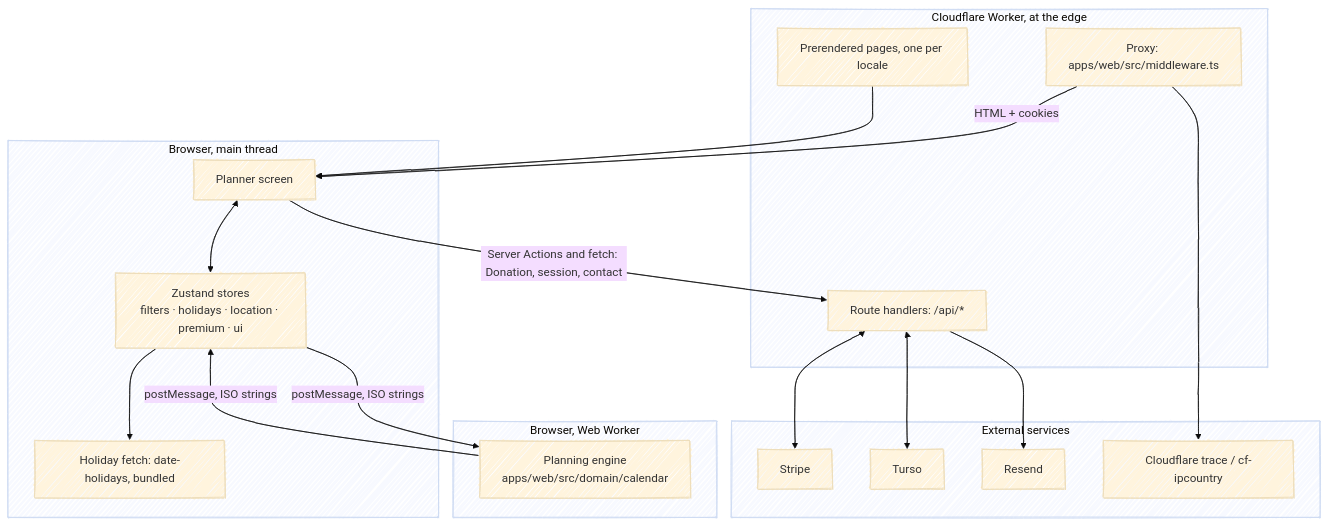
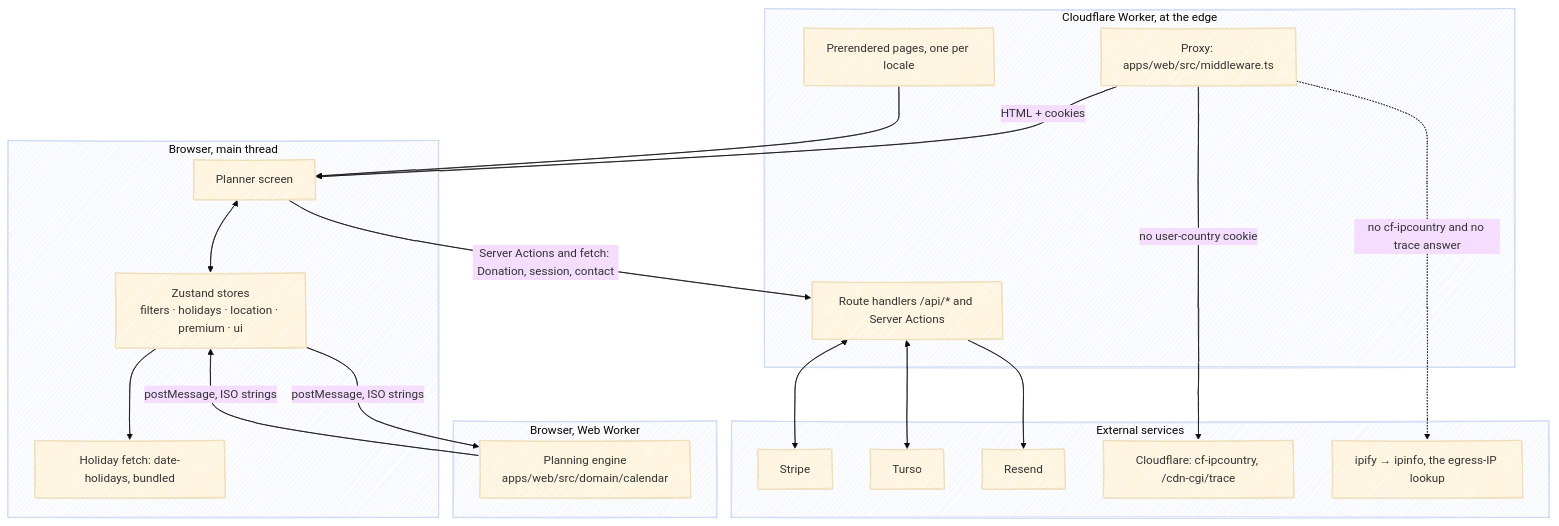
One commit to fbuireu/forever-pto changed the first of 3 diagrams in apps/docs/src/content/docs/how-it-works/overview.mdx. Above: the diagram before and after it, drawn with Mermaid (base theme). The commit also changed other lines of this file and 21 other files, not shown here.

````diff
--- a/apps/docs/src/content/docs/how-it-works/overview.mdx
+++ b/apps/docs/src/content/docs/how-it-works/overview.mdx
@@ -14,38 +14,40 @@
 ```mermaid
 ---
 config:
   look: handDrawn
   layout: dagre
 ---
 flowchart TB
   subgraph cf [Cloudflare Worker, at the edge]
     P[Proxy: apps/web/src/middleware.ts]
-    R[Route handlers: /api/*]
+    R["Route handlers /api/* and Server Actions"]
     SSG[Prerendered pages, one per locale]
   end
   subgraph main [Browser, main thread]
     ST[Zustand stores<br/>filters · holidays · location · premium · ui]
     UI[Planner screen]
     HF[Holiday fetch: date-holidays, bundled]
   end
   subgraph worker [Browser, Web Worker]
     ENG[Planning engine<br/>apps/web/src/domain/calendar]
   end
   subgraph ext [External services]
     STRIPE[Stripe]
     TURSO[Turso]
     RESEND[Resend]
-    CFAPI[Cloudflare trace / cf-ipcountry]
+    CFAPI["Cloudflare: cf-ipcountry, /cdn-cgi/trace"]
+    IPAPI["ipify → ipinfo, the egress-IP lookup"]
   end
   P -->|HTML + cookies| UI
   SSG --> UI
   UI <--> ST
   ST --> HF
   ST -->|postMessage, ISO strings| ENG
   ENG -->|postMessage, ISO strings| ST
   R <--> STRIPE
   R <--> TURSO
   R --> RESEND
-  P --> CFAPI
+  P -->|no user-country cookie| CFAPI
+  P -.->|no cf-ipcountry and no trace answer| IPAPI
   UI -->|"Server Actions and fetch: Donation, session, contact"| R
 ```
````
